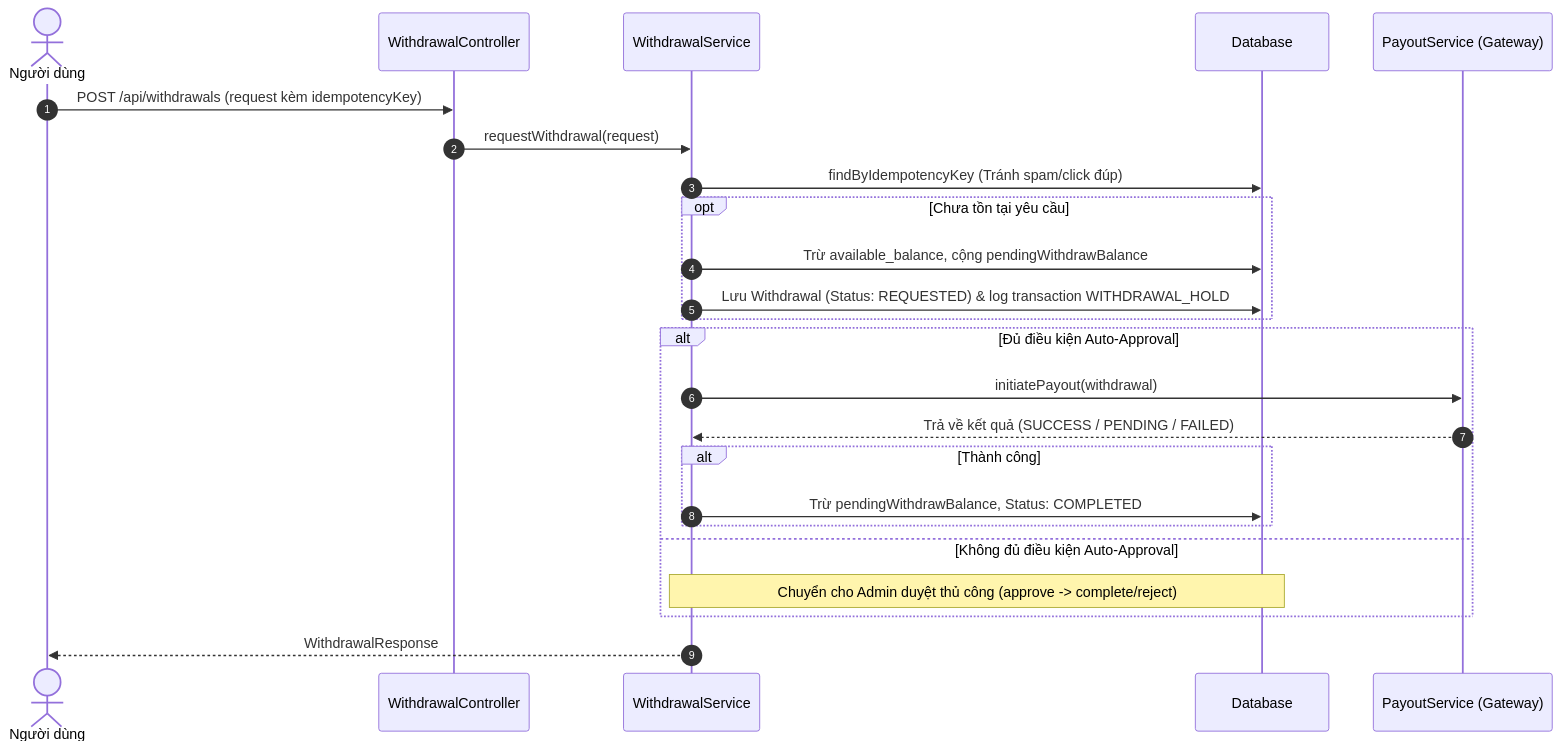
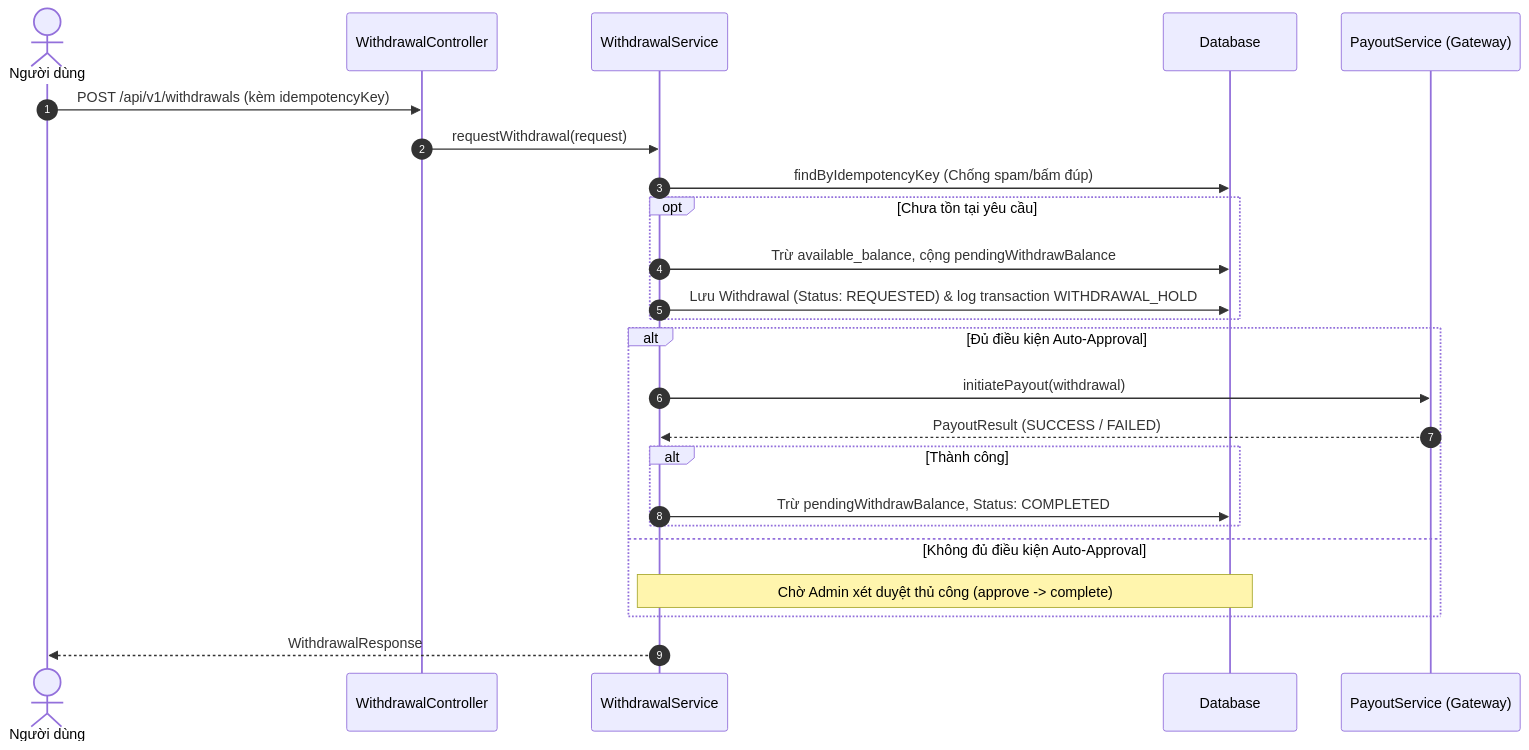
The seventh of 7 diagrams in docs/architecture/wallet-architecture.md (Qt159/Moldy-Market), drawn with Mermaid before and after one commit. The commit also changed other lines of this file and 54 other files, not shown here.

````diff
--- a/docs/architecture/wallet-architecture.md
+++ b/docs/architecture/wallet-architecture.md
@@ -336,29 +385,29 @@
 ```mermaid
 sequenceDiagram
     autonumber
     actor User as Người dùng
     participant Ctrl as WithdrawalController
     participant Svc as WithdrawalService
     participant DB as Database
     participant Payout as PayoutService (Gateway)
 
-    User->>Ctrl: POST /api/withdrawals (request kèm idempotencyKey)
+    User->>Ctrl: POST /api/v1/withdrawals (kèm idempotencyKey)
     Ctrl->>Svc: requestWithdrawal(request)
-    Svc->>DB: findByIdempotencyKey (Tránh spam/click đúp)
+    Svc->>DB: findByIdempotencyKey (Chống spam/bấm đúp)
     
     opt Chưa tồn tại yêu cầu
         Svc->>DB: Trừ available_balance, cộng pendingWithdrawBalance
         Svc->>DB: Lưu Withdrawal (Status: REQUESTED) & log transaction WITHDRAWAL_HOLD
     end
 
     alt Đủ điều kiện Auto-Approval
         Svc->>Payout: initiatePayout(withdrawal)
-        Payout-->>Svc: Trả về kết quả (SUCCESS / PENDING / FAILED)
+        Payout-->>Svc: PayoutResult (SUCCESS / FAILED)
         alt Thành công
             Svc->>DB: Trừ pendingWithdrawBalance, Status: COMPLETED
         end
     else Không đủ điều kiện Auto-Approval
-        Note over Svc, DB: Chuyển cho Admin duyệt thủ công (approve -> complete/reject)
+        Note over Svc, DB: Chờ Admin xét duyệt thủ công (approve -> complete)
     end
     Svc-->>User: WithdrawalResponse
 ```
````
